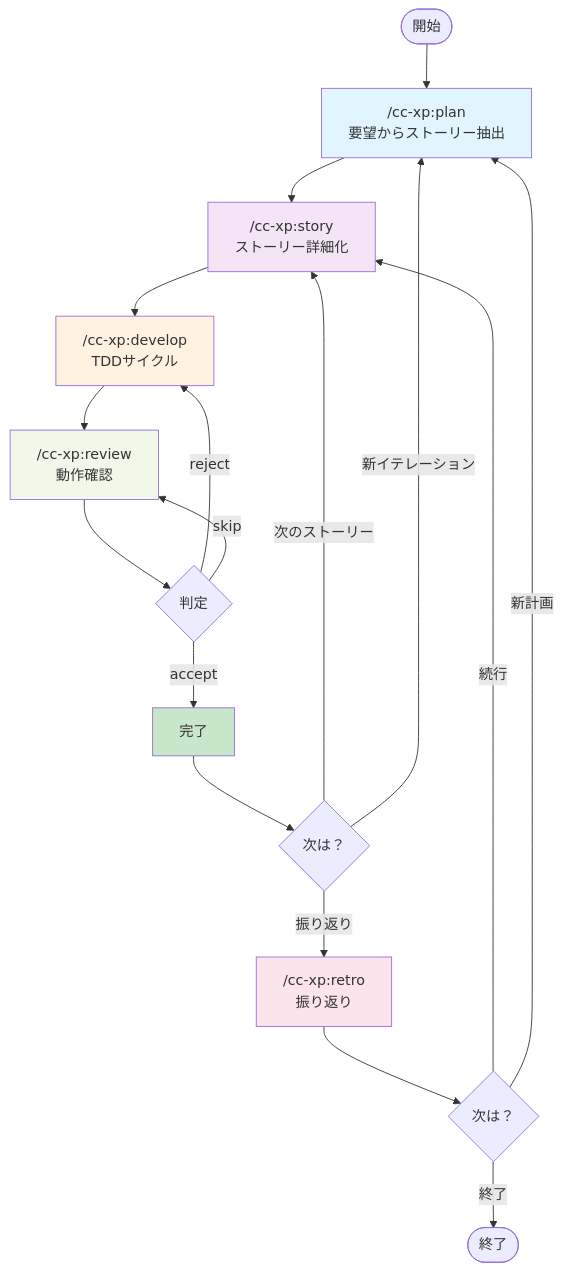
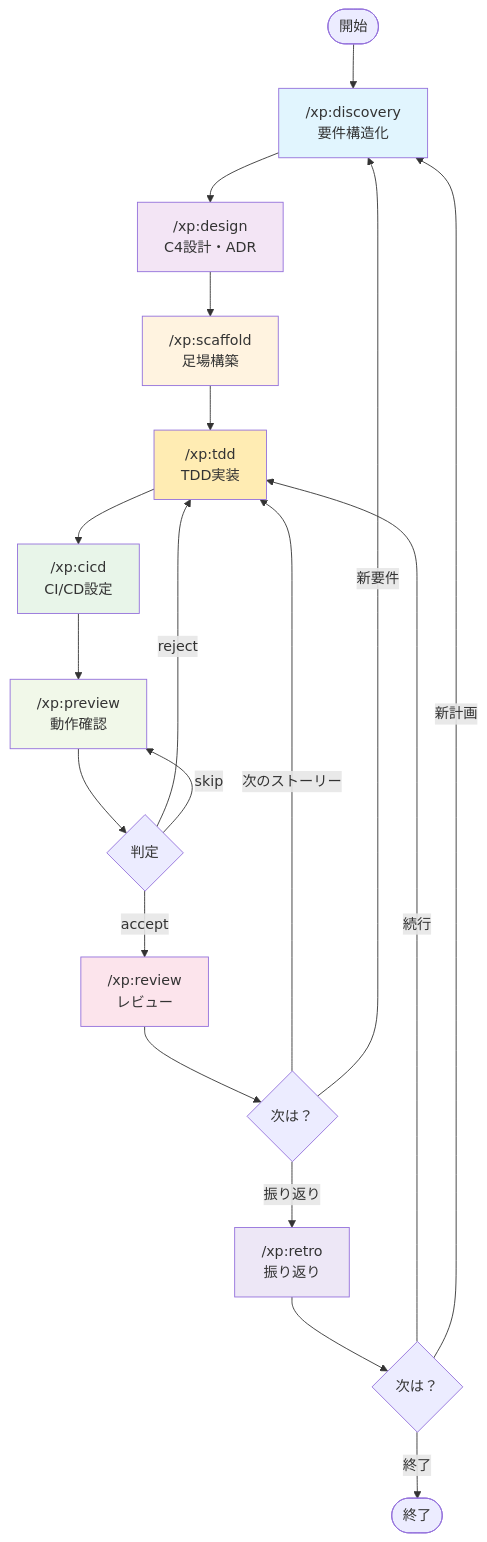
One commit to B16B1RD/cc-xp-kit changed the first of 6 diagrams in README.md. Above: the diagram before and after it, drawn with Mermaid. The commit also changed other lines of this file and 37 other files, not shown here.

````diff
--- a/README.md
+++ b/README.md
@@ -53,29 +53,33 @@
 ```mermaid
 graph TB
-    Start([開始]) --> Plan["/cc-xp:plan<br/>要望からストーリー抽出"]
-    Plan --> Story["/cc-xp:story<br/>ストーリー詳細化"]
-    Story --> Develop["/cc-xp:develop<br/>TDDサイクル"]
-    Develop --> Review["/cc-xp:review<br/>動作確認"]
+    Start([開始]) --> Discovery["/xp:discovery<br/>要件構造化"]
+    Discovery --> Design["/xp:design<br/>C4設計・ADR"]
+    Design --> Scaffold["/xp:scaffold<br/>足場構築"]
+    Scaffold --> TDD["/xp:tdd<br/>TDD実装"]
+    TDD --> CICD["/xp:cicd<br/>CI/CD設定"]
+    CICD --> Preview["/xp:preview<br/>動作確認"]
     
-    Review --> ReviewDecision{判定}
-    ReviewDecision -->|accept| Done[完了]
-    ReviewDecision -->|reject| Develop
-    ReviewDecision -->|skip| Review
+    Preview --> ReviewDecision{判定}
+    ReviewDecision -->|accept| Review["/xp:review<br/>レビュー"]
+    ReviewDecision -->|reject| TDD
+    ReviewDecision -->|skip| Preview
     
-    Done --> NextDecision{次は？}
-    NextDecision -->|次のストーリー| Story
-    NextDecision -->|振り返り| Retro["/cc-xp:retro<br/>振り返り"]
-    NextDecision -->|新イテレーション| Plan
+    Review --> NextDecision{次は？}
+    NextDecision -->|次のストーリー| TDD
+    NextDecision -->|振り返り| Retro["/xp:retro<br/>振り返り"]
+    NextDecision -->|新要件| Discovery
     
     Retro --> NextDecision2{次は？}
-    NextDecision2 -->|続行| Story
-    NextDecision2 -->|新計画| Plan
+    NextDecision2 -->|続行| TDD
+    NextDecision2 -->|新計画| Discovery
     NextDecision2 -->|終了| End([終了])
     
-    style Plan fill:#e1f5fe
-    style Story fill:#f3e5f5
-    style Develop fill:#fff3e0
-    style Review fill:#f1f8e9
-    style Retro fill:#fce4ec
-    style Done fill:#c8e6c9
+    style Discovery fill:#e1f5fe
+    style Design fill:#f3e5f5
+    style Scaffold fill:#fff3e0
+    style TDD fill:#ffecb3
+    style CICD fill:#e8f5e9
+    style Preview fill:#f1f8e9
+    style Review fill:#fce4ec
+    style Retro fill:#ede7f6
 ```
````
